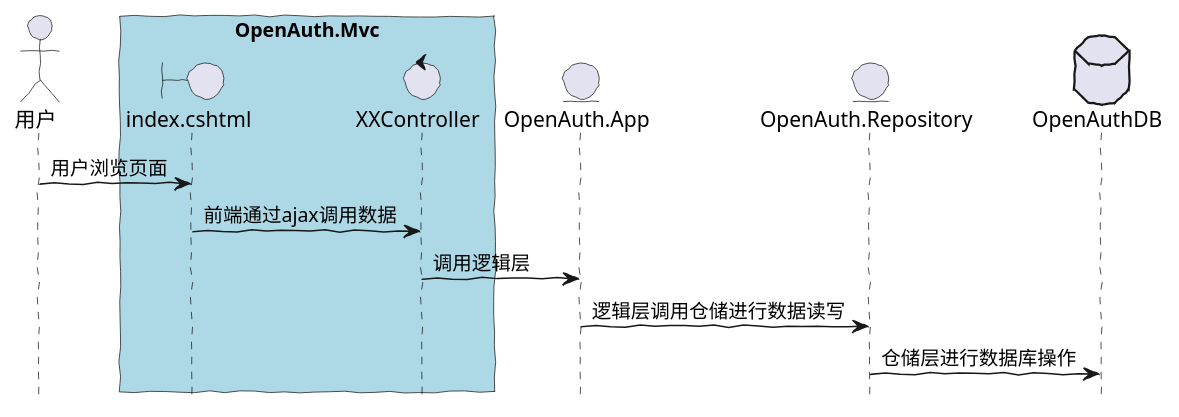
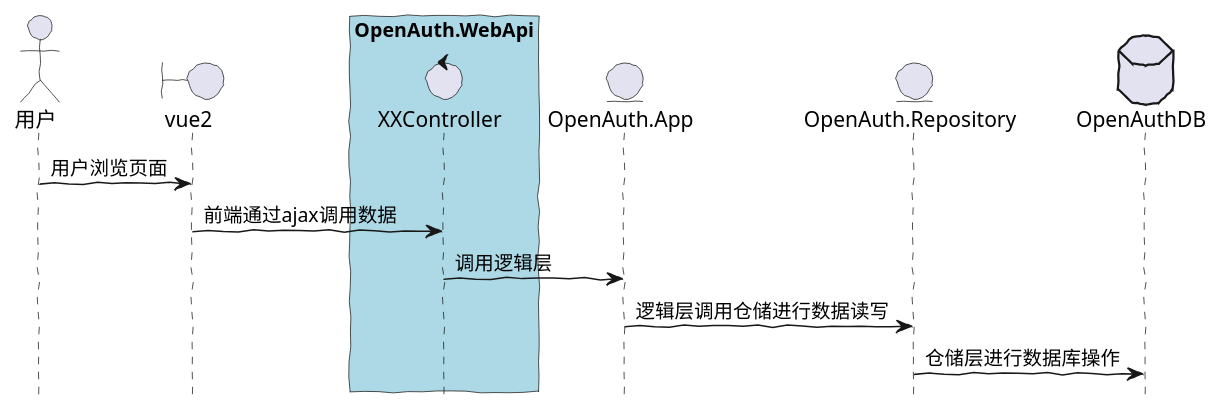
Before and after one commit to yubaolee/OpenAuth.Net: the diagram in newdocs/docs/notes/core/start.md, drawn with PlantUML. The commit also changed other lines of this file and 1 other file, not shown here.

```diff
--- a/newdocs/docs/notes/core/start.md
+++ b/newdocs/docs/notes/core/start.md
@@ -48,27 +52,27 @@
 @startuml
 hide footbox
 skinparam handwritten true
 
 
 actor 用户
-boundary index.cshtml
+boundary vue2
 control XXController
 entity OpenAuth.App
 entity OpenAuth.Repository
 database OpenAuthDB
-
-box "OpenAuth.Mvc" #LightBlue
-	participant index.cshtml
+participant vue2
+box "OpenAuth.WebApi" #LightBlue
+	
 	participant XXController
 end box
 participant OpenAuth.App
 participant OpenAuth.Repository
 participant OpenAuthDB 
 
-用户 -> index.cshtml : 用户浏览页面
-index.cshtml -> XXController : 前端通过ajax调用数据
+用户 -> vue2 : 用户浏览页面
+vue2 -> XXController : 前端通过ajax调用数据
 XXController -> OpenAuth.App : 调用逻辑层
 OpenAuth.App -> OpenAuth.Repository : 逻辑层调用仓储进行数据读写
 OpenAuth.Repository -> OpenAuthDB : 仓储层进行数据库操作
 
 @enduml
```
